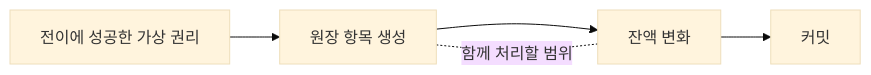
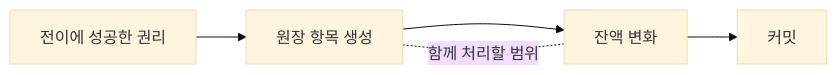
One commit to jiwon11/jiwon11.github.io changed the fifth of 7 diagrams in _posts/2026-03-20-reward-creation-receipt-charge-responsibility.md. Above: the diagram before and after it, drawn with Mermaid (base theme). The commit also changed other lines of this file and 7 other files, not shown here.

```diff
--- a/_posts/2026-03-20-reward-creation-receipt-charge-responsibility.md
+++ b/_posts/2026-03-20-reward-creation-receipt-charge-responsibility.md
@@ -195,7 +188,7 @@
 ~~~mermaid
 flowchart LR
-    V["전이에 성공한 가상 권리"] --> L["원장 항목 생성"]
+    V["전이에 성공한 권리"] --> L["원장 항목 생성"]
     L --> B["잔액 변화"]
     B --> C["커밋"]
     L -. "함께 처리할 범위" .- B
 ~~~
```
